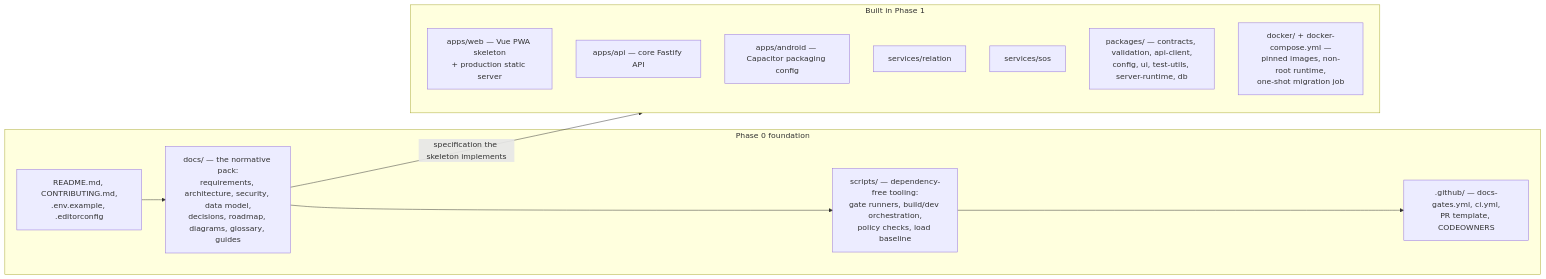
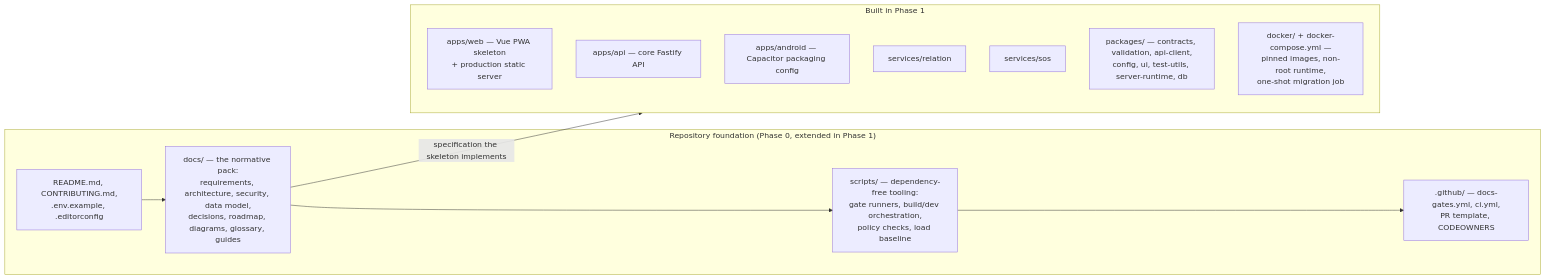
The first of 16 diagrams in docs/DIAGRAMS.md (komeilm76/boro_biya), drawn with Mermaid before and after one commit. The commit also changed other lines of this file and 52 other files, not shown here.

````diff
--- a/docs/DIAGRAMS.md
+++ b/docs/DIAGRAMS.md
@@ -19,22 +19,22 @@
 ```mermaid
 flowchart LR
-  subgraph now["Phase 0 foundation"]
+  subgraph now["Repository foundation (Phase 0, extended in Phase 1)"]
     entry["README.md, CONTRIBUTING.md,<br/>.env.example, .editorconfig"]
     docs["docs/ — the normative pack:<br/>requirements, architecture, security, data model,<br/>decisions, roadmap, diagrams, glossary, guides"]
     gates["scripts/ — dependency-free tooling:<br/>gate runners, build/dev orchestration,<br/>policy checks, load baseline"]
     ci[".github/ — docs-gates.yml, ci.yml,<br/>PR template, CODEOWNERS"]
   end
   subgraph p1["Built in Phase 1"]
     web["apps/web — Vue PWA skeleton<br/>+ production static server"]
     api["apps/api — core Fastify API"]
     android["apps/android — Capacitor packaging config"]
     relsvc["services/relation"]
     sossvc["services/sos"]
     pkgs["packages/ — contracts, validation, api-client,<br/>config, ui, test-utils, server-runtime, db"]
     stack["docker/ + docker-compose.yml —<br/>pinned images, non-root runtime,<br/>one-shot migration job"]
   end
   entry --> docs
   docs --> gates
   gates --> ci
   docs -->|"specification the skeleton implements"| p1
 ```
````
